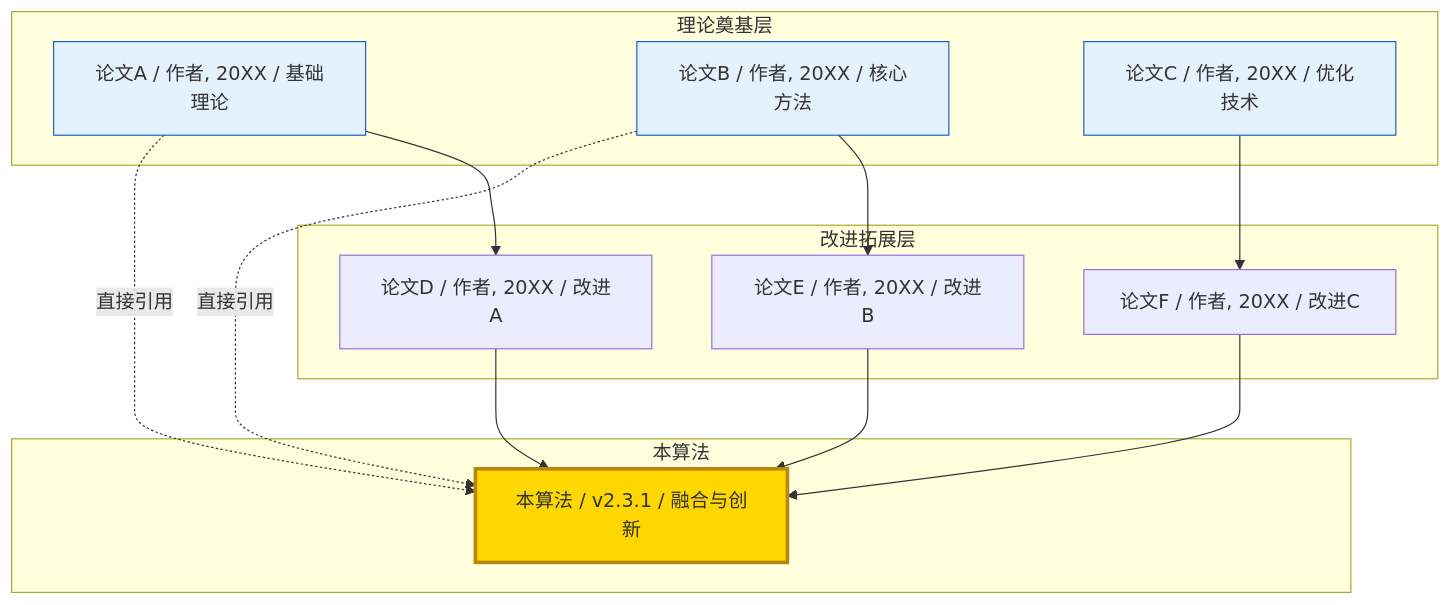
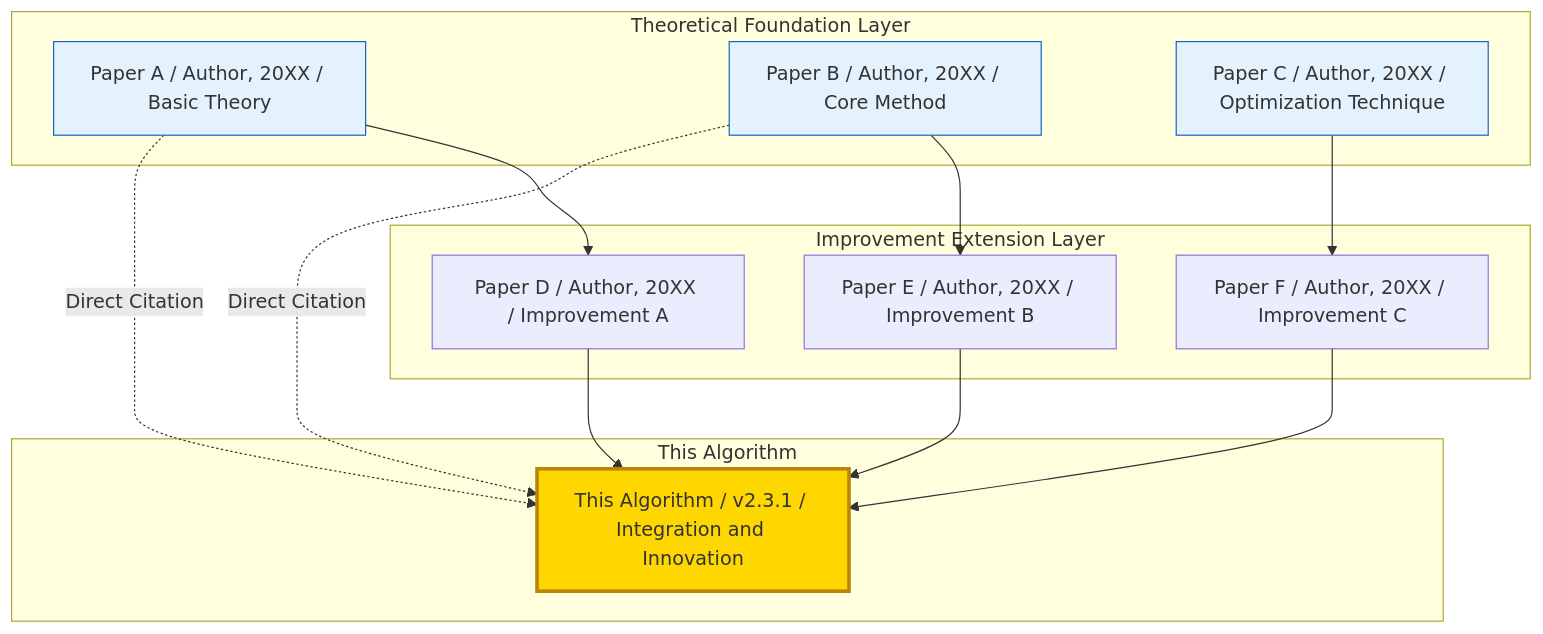
Before and after one commit to Kirky-X/cangjie: the second of 10 diagrams in templates/产品/技术层/【模板】核心算法文档.md, drawn with Mermaid. The commit also changed other lines of this file and 46 other files, not shown here.

````diff
--- a/templates/产品/技术层/【模板】核心算法文档.md
+++ b/templates/产品/技术层/【模板】核心算法文档.md
@@ -115,33 +115,33 @@
 ```mermaid
 graph TB
-    subgraph 理论奠基层
-        P1[论文A / 作者, 20XX / 基础理论]
-        P2[论文B / 作者, 20XX / 核心方法]
-        P3[论文C / 作者, 20XX / 优化技术]
+    subgraph Theoretical Foundation Layer
+        P1[Paper A / Author, 20XX / Basic Theory]
+        P2[Paper B / Author, 20XX / Core Method]
+        P3[Paper C / Author, 20XX / Optimization Technique]
     end
 
-    subgraph 改进拓展层
-        P4[论文D / 作者, 20XX / 改进A]
-        P5[论文E / 作者, 20XX / 改进B]
-        P6[论文F / 作者, 20XX / 改进C]
+    subgraph Improvement Extension Layer
+        P4[Paper D / Author, 20XX / Improvement A]
+        P5[Paper E / Author, 20XX / Improvement B]
+        P6[Paper F / Author, 20XX / Improvement C]
     end
 
-    subgraph 本算法
-        NEW[本算法 / v2.3.1 / 融合与创新]
+    subgraph This Algorithm
+        NEW[This Algorithm / v2.3.1 / Integration and Innovation]
     end
 
     P1 --> P4
     P2 --> P5
     P3 --> P6
     P4 --> NEW
     P5 --> NEW
     P6 --> NEW
 
-    P1 -.->|直接引用| NEW
-    P2 -.->|直接引用| NEW
+    P1 -.->|Direct Citation| NEW
+    P2 -.->|Direct Citation| NEW
 
     style P1 fill:#e3f2fd,stroke:#1565c0
     style P2 fill:#e3f2fd,stroke:#1565c0
     style P3 fill:#e3f2fd,stroke:#1565c0
     style NEW fill:#ffd700,stroke:#b8860b,stroke-width:3px
 ```
````
